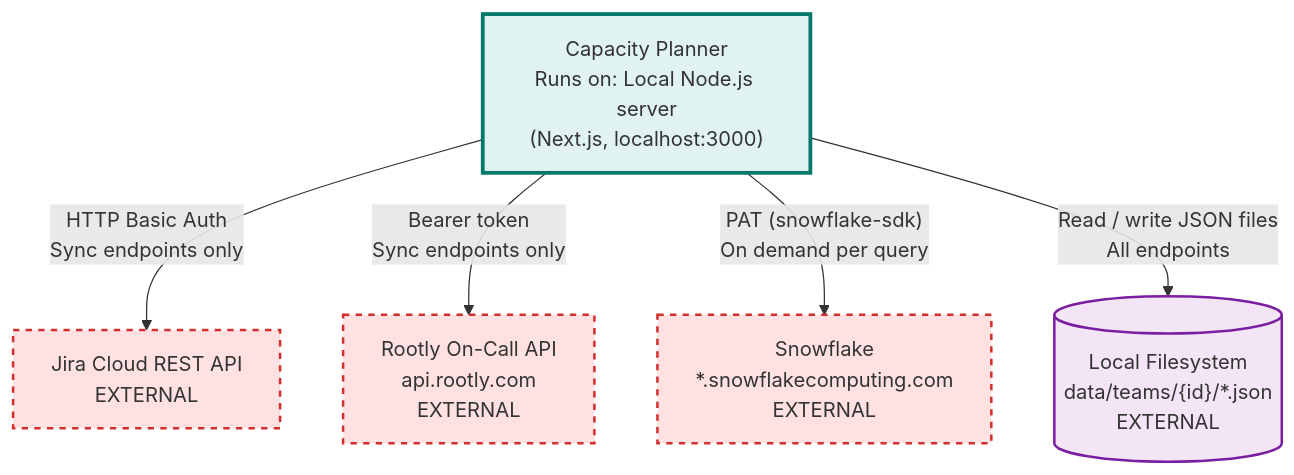
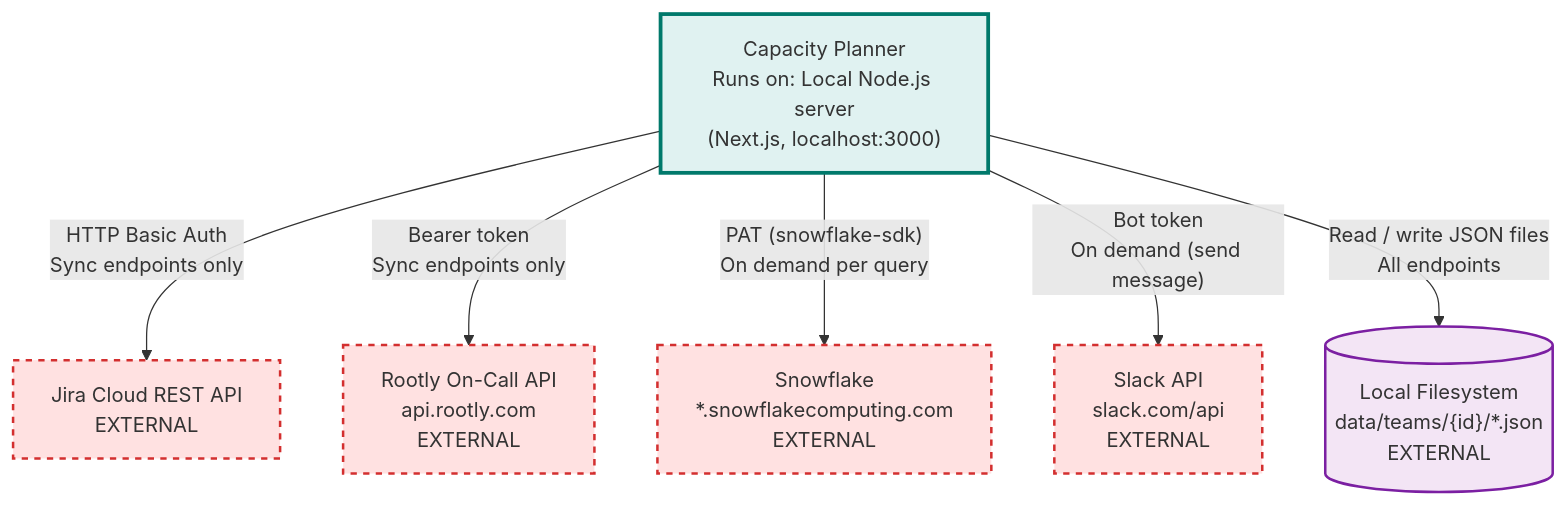
One commit to ritatinoco/manager-notebook changed the diagram in ARCHITECTURE.md. Above: the diagram before and after it, drawn with Mermaid. The commit also changed other lines of this file and 3 other files, not shown here.

First line of the commit message:
Document Snowflake, Slack & Notes features

````diff
--- a/ARCHITECTURE.md
+++ b/ARCHITECTURE.md
@@ -16,22 +16,24 @@
 ```mermaid
 graph TB
     App["Capacity Planner<br/>Runs on: Local Node.js server<br/>(Next.js, localhost:3000)"]
 
     Jira["Jira Cloud REST API<br/>EXTERNAL"]
     Rootly["Rootly On-Call API<br/>api.rootly.com<br/>EXTERNAL"]
     Snowflake["Snowflake<br/>*.snowflakecomputing.com<br/>EXTERNAL"]
+    Slack["Slack API<br/>slack.com/api<br/>EXTERNAL"]
     FS[("Local Filesystem<br/>data/teams/{id}/*.json<br/>EXTERNAL")]
 
     App -->|"HTTP Basic Auth<br/>Sync endpoints only"| Jira
     App -->|"Bearer token<br/>Sync endpoints only"| Rootly
     App -->|"PAT (snowflake-sdk)<br/>On demand per query"| Snowflake
+    App -->|"Bot token<br/>On demand (send message)"| Slack
     App -->|"Read / write JSON files<br/>All endpoints"| FS
 
     classDef thisRepo fill:#e0f2f1,stroke:#00796b,stroke-width:3px
     classDef external fill:#ffe1e1,stroke:#d32f2f,stroke-width:2px,stroke-dasharray: 5 5
     classDef database fill:#f3e5f5,stroke:#7b1fa2,stroke-width:2px
 
     class App thisRepo
-    class Jira,Rootly,Snowflake external
+    class Jira,Rootly,Snowflake,Slack external
     class FS database
 ```
````
